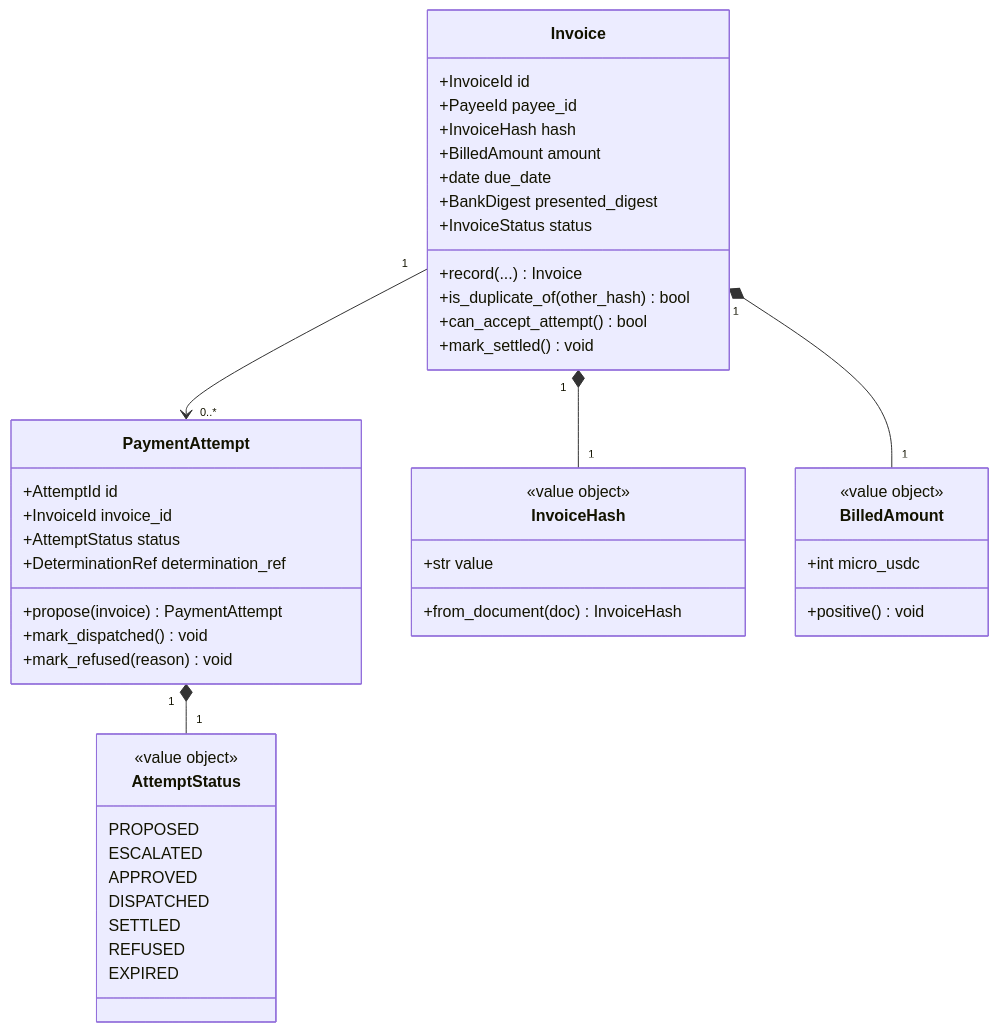
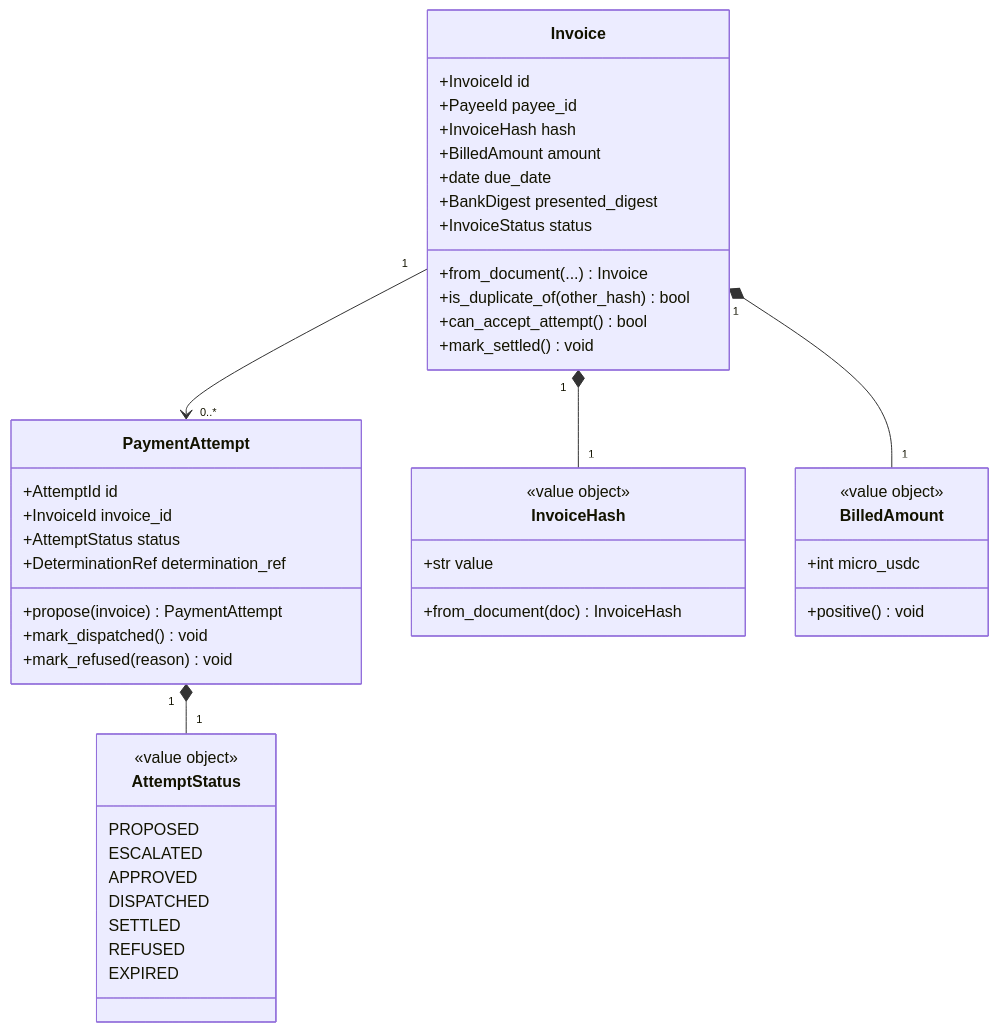
One commit to arman-jalili/bursar changed the second of 4 diagrams in backend/.pi/architecture/modules/billing.md. Above: the diagram before and after it, drawn with Mermaid. The commit also changed 23 other files, not shown here.

````diff
--- a/backend/.pi/architecture/modules/billing.md
+++ b/backend/.pi/architecture/modules/billing.md
@@ -91,50 +91,50 @@
 ```mermaid
 classDiagram
     class Invoice {
         +InvoiceId id
         +PayeeId payee_id
         +InvoiceHash hash
         +BilledAmount amount
         +date due_date
         +BankDigest presented_digest
         +InvoiceStatus status
-        +record(...) Invoice
+        +from_document(...) Invoice
         +is_duplicate_of(other_hash) bool
         +can_accept_attempt() bool
         +mark_settled() void
     }
     class PaymentAttempt {
         +AttemptId id
         +InvoiceId invoice_id
         +AttemptStatus status
         +DeterminationRef determination_ref
         +propose(invoice) PaymentAttempt
         +mark_dispatched() void
         +mark_refused(reason) void
     }
     class InvoiceHash {
         <<value object>>
         +str value
         +from_document(doc) InvoiceHash
     }
     class BilledAmount {
         <<value object>>
         +int micro_usdc
         +positive() void
     }
     class AttemptStatus {
         <<value object>>
         <<enumeration>>
         PROPOSED
         ESCALATED
         APPROVED
         DISPATCHED
         SETTLED
         REFUSED
         EXPIRED
     }
     Invoice "1" --> "0..*" PaymentAttempt
     Invoice "1" *-- "1" InvoiceHash
     Invoice "1" *-- "1" BilledAmount
     PaymentAttempt "1" *-- "1" AttemptStatus
 ```
````
